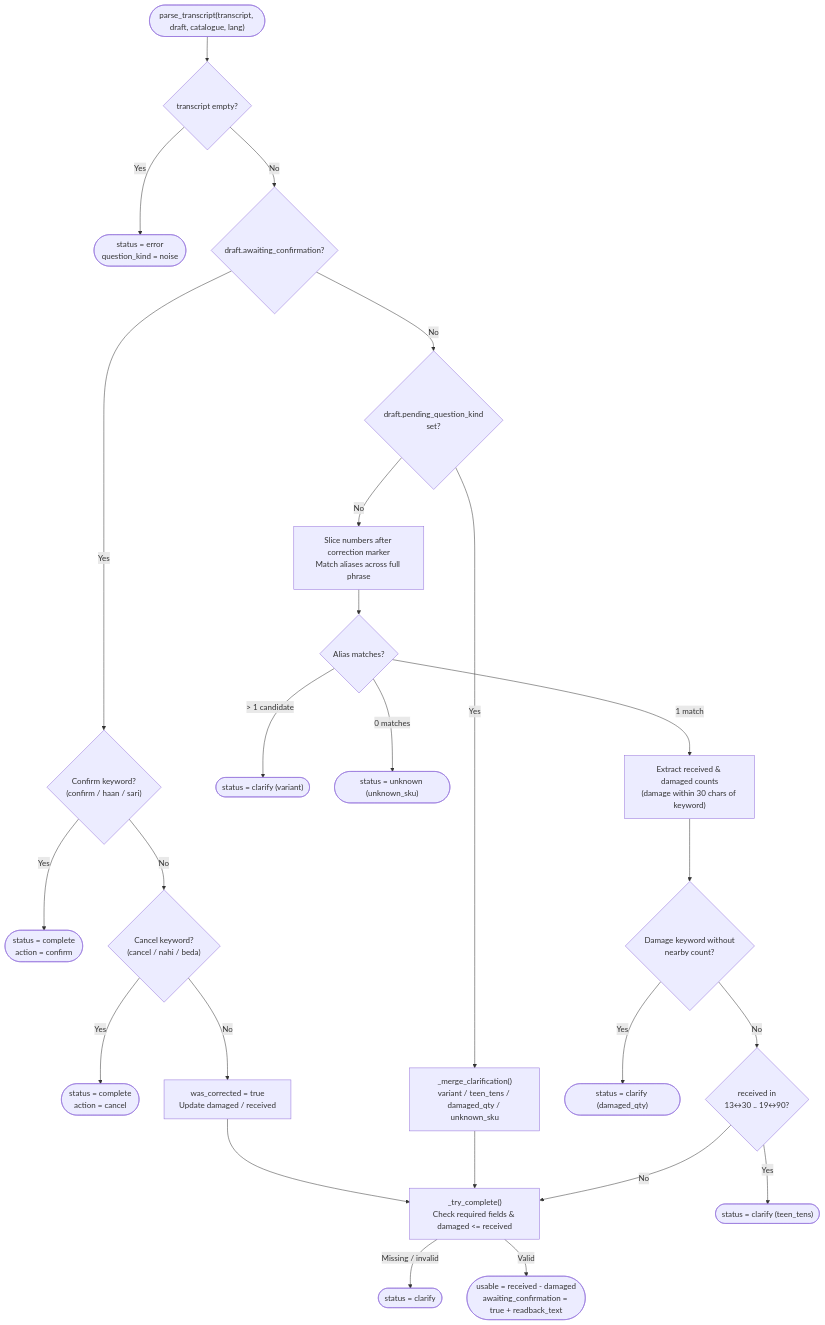
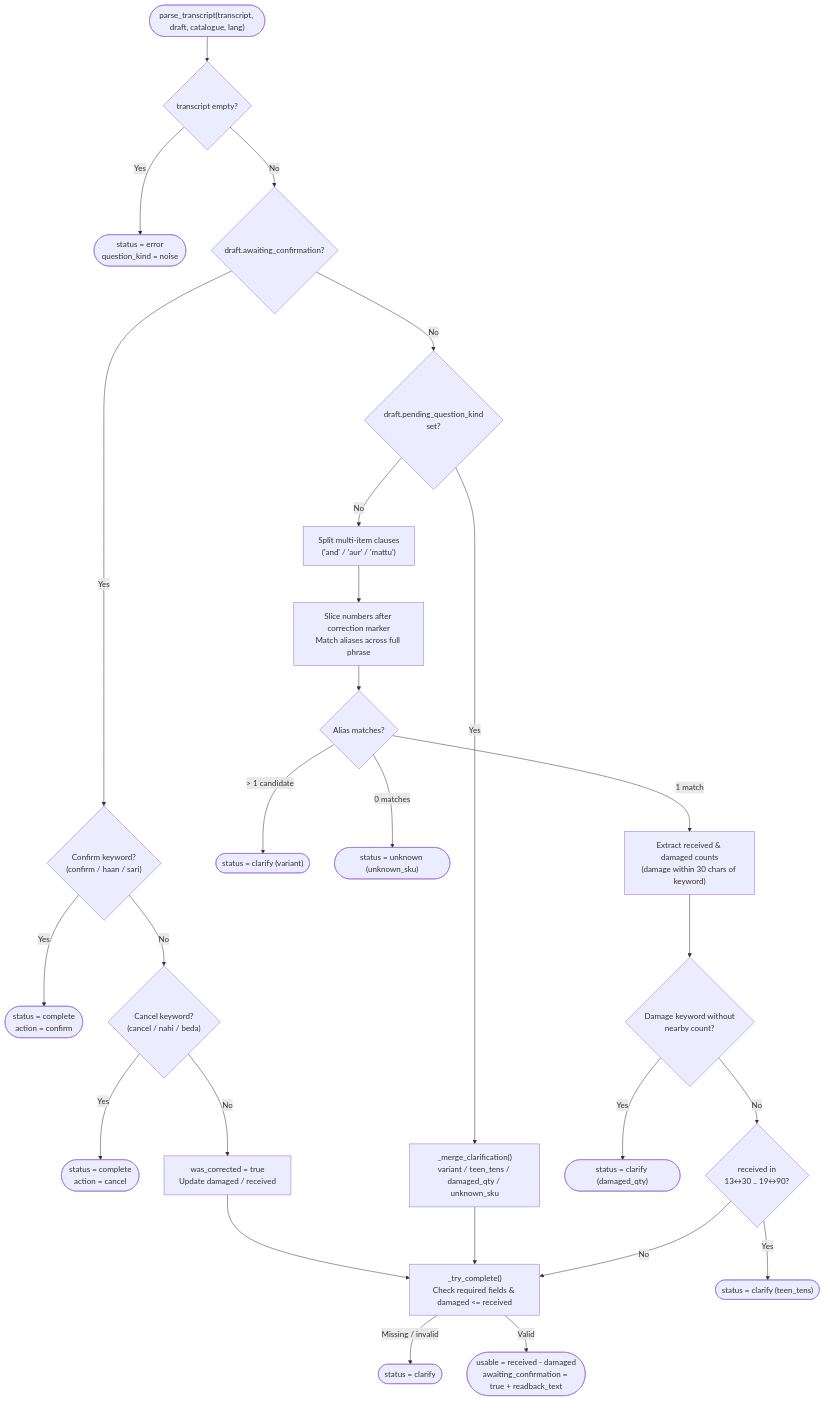
The fourth of 4 diagrams in README.md (Ravichandranayakar/kiranaflow), drawn with Mermaid before and after one commit. The commit also changed other lines of this file and 11 other files, not shown here.

````diff
--- a/README.md
+++ b/README.md
@@ -101,33 +101,34 @@
 ```mermaid
 flowchart TD
     Start(["parse_transcript(transcript, draft, catalogue, lang)"]) --> Empty{"transcript empty?"}
     Empty -->|Yes| ErrResp(["status = error\nquestion_kind = noise"])
     Empty -->|No| WaitConf{"draft.awaiting_confirmation?"}
 
     WaitConf -->|Yes| ConfirmKw{"Confirm keyword?\n(confirm / haan / sari)"}
     ConfirmKw -->|Yes| RetConfirm(["status = complete\naction = confirm"])
     ConfirmKw -->|No| CancelKw{"Cancel keyword?\n(cancel / nahi / beda)"}
     CancelKw -->|Yes| RetCancel(["status = complete\naction = cancel"])
     CancelKw -->|No| CorrTurn["was_corrected = true\nUpdate damaged / received"]
     CorrTurn --> TryComplete
 
     WaitConf -->|No| PendingQ{"draft.pending_question_kind\nset?"}
     PendingQ -->|Yes| MergeClar["_merge_clarification()\nvariant / teen_tens / damaged_qty / unknown_sku"]
     MergeClar --> TryComplete
 
-    PendingQ -->|No| Step1["Slice numbers after correction marker\nMatch aliases across full phrase"]
+    PendingQ -->|No| MultiSplit["Split multi-item clauses\n('and' / 'aur' / 'mattu')"]
+    MultiSplit --> Step1["Slice numbers after correction marker\nMatch aliases across full phrase"]
     Step1 --> MatchCount{"Alias matches?"}
 
     MatchCount -->|"> 1 candidate"| RetVariant(["status = clarify (variant)"])
     MatchCount -->|"0 matches"| RetUnknown(["status = unknown (unknown_sku)"])
     MatchCount -->|"1 match"| AssignProd["Extract received & damaged counts\n(damage within 30 chars of keyword)"]
 
     AssignProd --> DmgMissing{"Damage keyword without\nnearby count?"}
     DmgMissing -->|Yes| RetDmgQty(["status = clarify (damaged_qty)"])
     DmgMissing -->|No| TeenCheck{"received in\n13↔30 .. 19↔90?"}
     TeenCheck -->|Yes| RetTeen(["status = clarify (teen_tens)"])
     TeenCheck -->|No| TryComplete["_try_complete()\nCheck required fields & damaged <= received"]
 
     TryComplete -->|Missing / invalid| AskMissing(["status = clarify"])
     TryComplete -->|Valid| Ready(["usable = received - damaged\nawaiting_confirmation = true + readback_text"])
 ```
````
